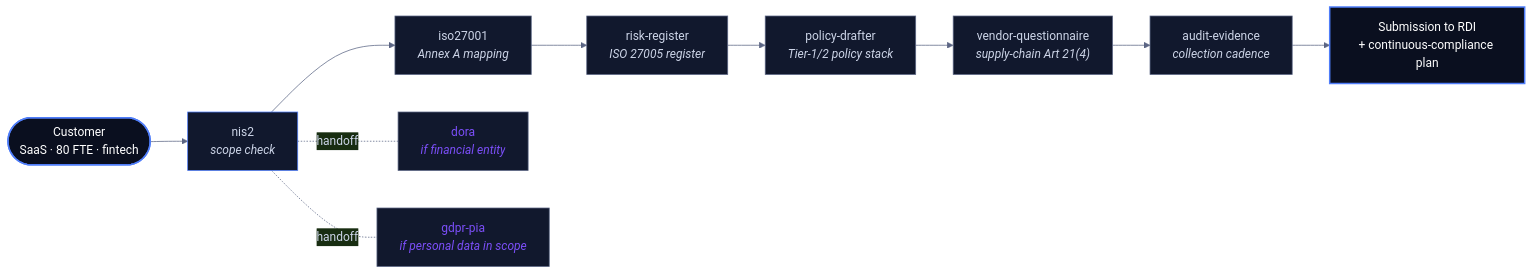
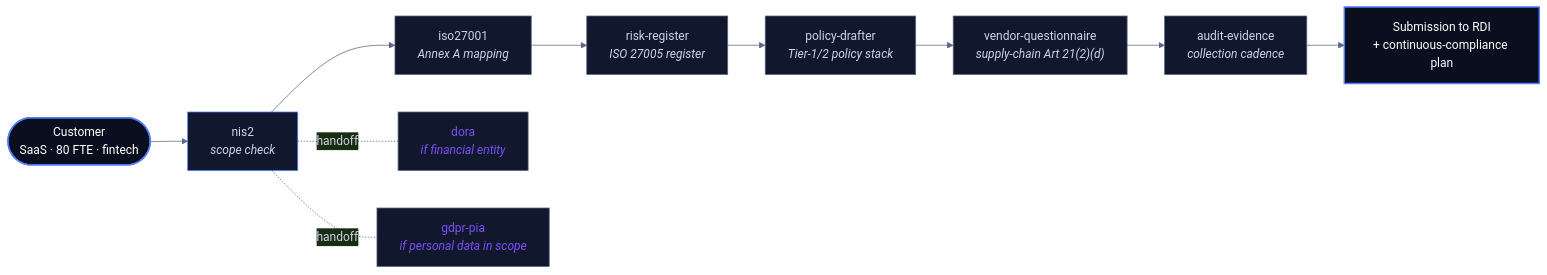
One commit to roodlicht/accans-sec-skills changed the second of 2 diagrams in README.md. Above: the diagram before and after it, drawn with Mermaid. The commit also changed other lines of this file and 1 other file, not shown here.

````diff
--- a/README.md
+++ b/README.md
@@ -123,27 +123,27 @@
 ```mermaid
 %%{init: {'theme':'base', 'themeVariables': {'primaryColor':'#11182d','primaryTextColor':'#cdd5e8','primaryBorderColor':'#4f7df9','lineColor':'#5b6584'}}}%%
 flowchart LR
     Start(["Customer<br/>SaaS · 80 FTE · fintech"])
 
     Start --> S1["nis2<br/><i>scope check</i>"]
     S1 --> S2["iso27001<br/><i>Annex A mapping</i>"]
     S2 --> S3["risk-register<br/><i>ISO 27005 register</i>"]
     S3 --> S4["policy-drafter<br/><i>Tier-1/2 policy stack</i>"]
-    S4 --> S5["vendor-questionnaire<br/><i>supply-chain Art 21(4)</i>"]
+    S4 --> S5["vendor-questionnaire<br/><i>supply-chain Art 21(2)(d)</i>"]
     S5 --> S6["audit-evidence<br/><i>collection cadence</i>"]
     S6 --> Out["Submission to RDI<br/>+ continuous-compliance plan"]
 
     S1 -. handoff .- DORA["dora<br/><i>if financial entity</i>"]
     S1 -. handoff .- AVG["gdpr-pia<br/><i>if personal data in scope</i>"]
 
     style Start fill:#0a0f1f,stroke:#4f7df9,stroke-width:2px,color:#fff
     style Out fill:#0a0f1f,stroke:#4f7df9,stroke-width:2px,color:#fff
     style S1 fill:#11182d,stroke:#4f7df9,color:#cdd5e8
     style S2 fill:#11182d,stroke:#5b6584,color:#cdd5e8
     style S3 fill:#11182d,stroke:#5b6584,color:#cdd5e8
     style S4 fill:#11182d,stroke:#5b6584,color:#cdd5e8
     style S5 fill:#11182d,stroke:#5b6584,color:#cdd5e8
     style S6 fill:#11182d,stroke:#5b6584,color:#cdd5e8
     style DORA fill:#11182d,stroke:#5b6584,color:#7c4ff9
     style AVG fill:#11182d,stroke:#5b6584,color:#7c4ff9
 ```
````
